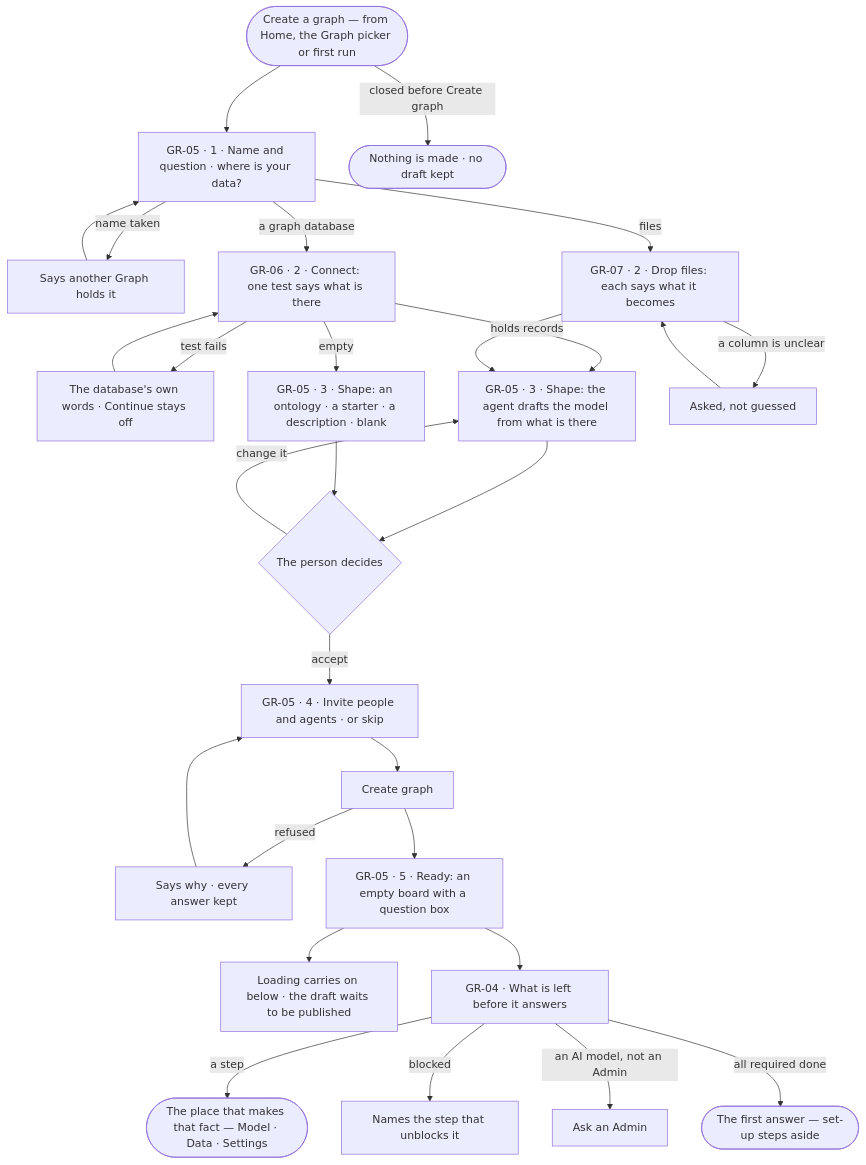
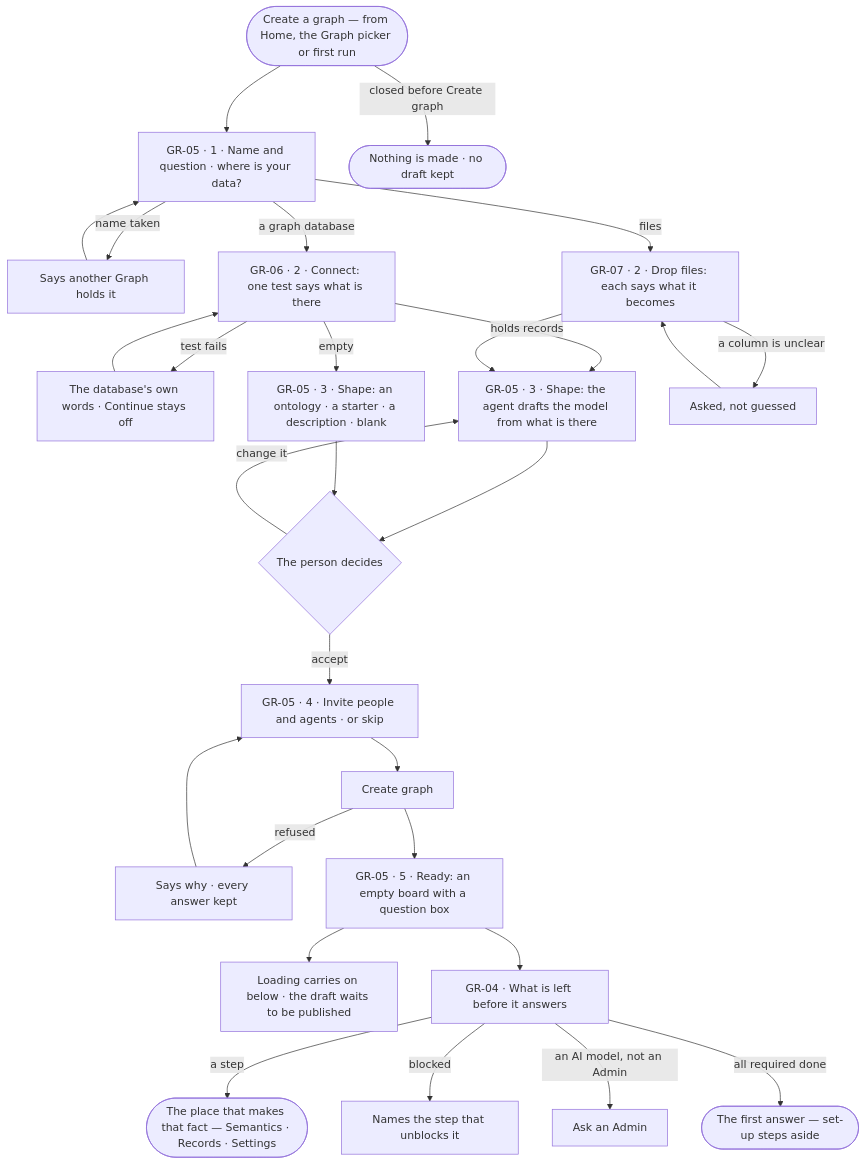
One commit to invana/invana changed the first of 2 diagrams in specs/os/graph/features/GR-F02-create-a-graph/feature.md. Above: the diagram before and after it, drawn with Mermaid. The commit also changed other lines of this file and 637 other files, not shown here.

````diff
--- a/specs/os/graph/features/GR-F02-create-a-graph/feature.md
+++ b/specs/os/graph/features/GR-F02-create-a-graph/feature.md
@@ -24,26 +25,26 @@
 ```mermaid
 flowchart TD
   s([Create a graph — from Home, the Graph picker or first run]) --> a["GR-05 · 1 · Name and question · where is your data?"]
   a -->|name taken| at["Says another Graph holds it"] --> a
   a -->|a graph database| c["GR-06 · 2 · Connect: one test says what is there"]
   a -->|files| f["GR-07 · 2 · Drop files: each says what it becomes"]
   c -->|test fails| cf["The database's own words · Continue stays off"] --> c
   c -->|holds records| sh["GR-05 · 3 · Shape: the agent drafts the model from what is there"]
   c -->|empty| se["GR-05 · 3 · Shape: an ontology · a starter · a description · blank"]
   f -->|a column is unclear| fq["Asked, not guessed"] --> f
   f --> sh
   sh --> d{"The person decides"}
   se --> d
   d -->|change it| sh
   d -->|accept| i["GR-05 · 4 · Invite people and agents · or skip"]
   i --> cr["Create graph"]
   cr -->|refused| crf["Says why · every answer kept"] --> i
   cr --> r["GR-05 · 5 · Ready: an empty board with a question box"]
   r --> ld["Loading carries on below · the draft waits to be published"]
   r --> st["GR-04 · What is left before it answers"]
-  st -->|a step| o(["The place that makes that fact — Model · Data · Settings"])
+  st -->|a step| o(["The place that makes that fact — Semantics · Records · Settings"])
   st -->|blocked| b["Names the step that unblocks it"]
   st -->|an AI model, not an Admin| aa["Ask an Admin"]
   st -->|all required done| ask(["The first answer — set-up steps aside"])
   s -->|closed before Create graph| gone(["Nothing is made · no draft kept"])
 ```
````
